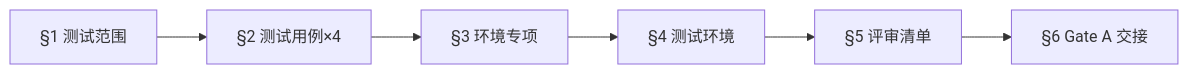
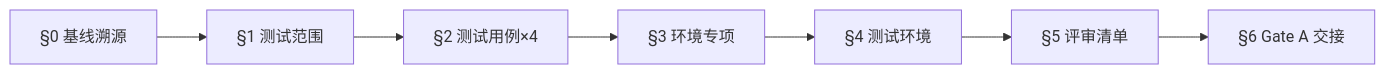
Before and after one commit to effiy/YrY: the eighth of 14 diagrams in skills/rui/formulas.md, drawn with Mermaid. The commit also changed other lines of this file and 9 other files, not shown here.

````diff
--- a/skills/rui/formulas.md
+++ b/skills/rui/formulas.md
@@ -306,8 +428,9 @@
 ```mermaid
 flowchart LR
-    S1["§1 测试范围"] --> S2["§2 测试用例×4"]
+    S0["§0 基线溯源"] --> S1["§1 测试范围"]
+    S1 --> S2["§2 测试用例×4"]
     S2 --> S3["§3 环境专项"]
     S3 --> S4["§4 测试环境"]
     S4 --> S5["§5 评审清单"]
     S5 --> S6["§6 Gate A 交接"]
 ```
````
